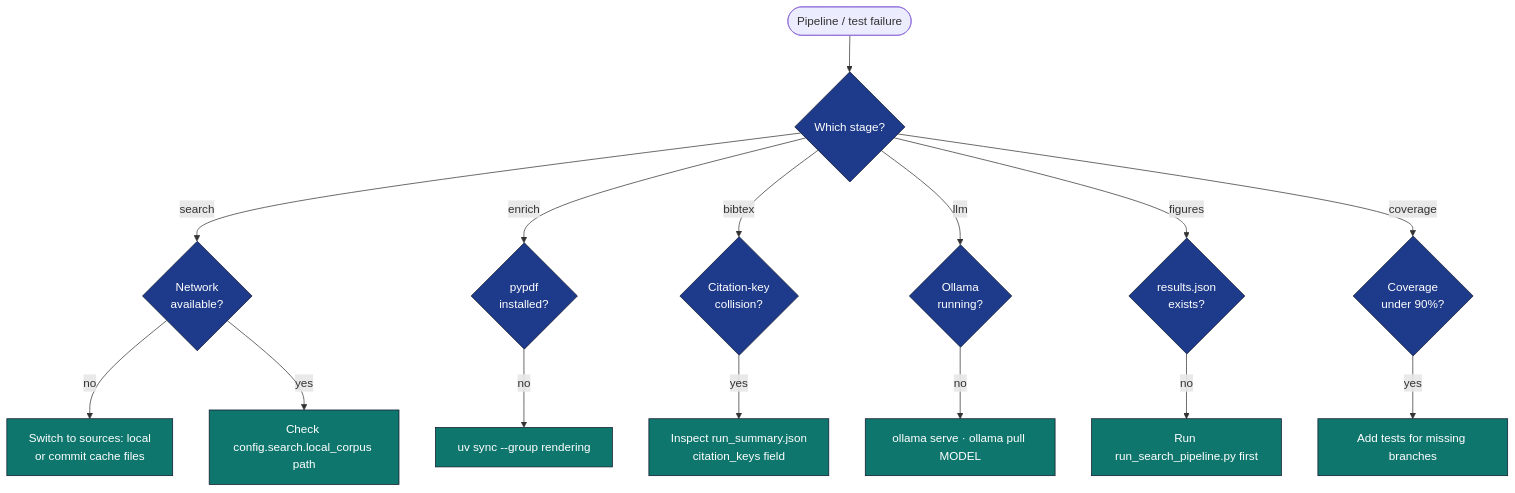
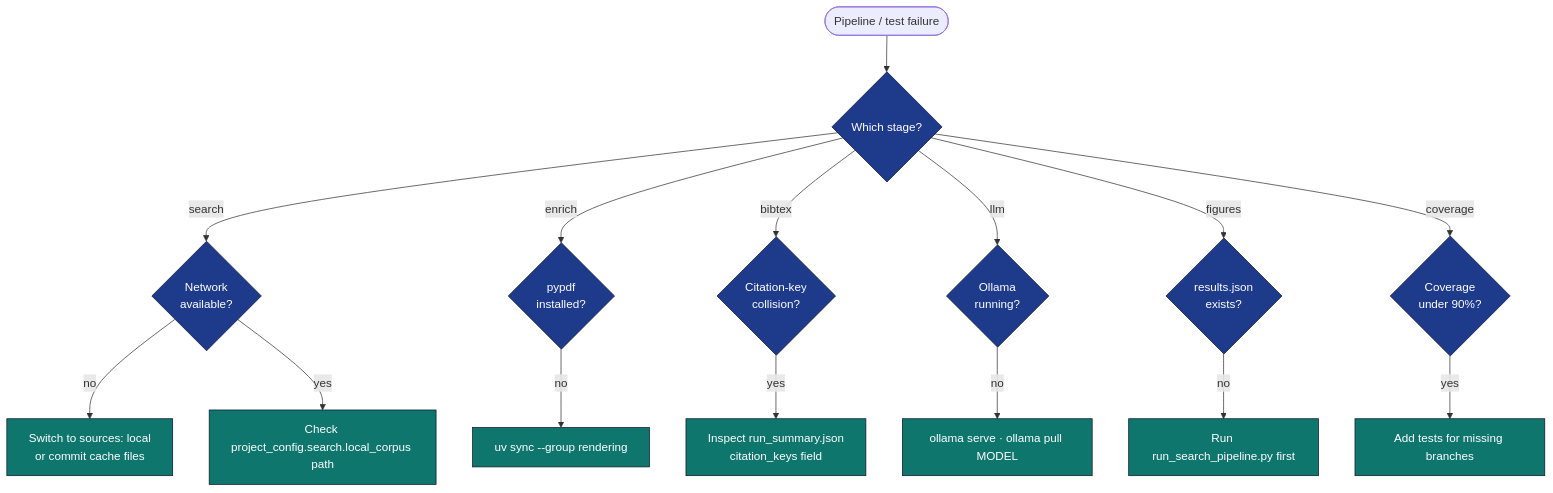
Before and after one commit to docxology/template: the diagram in projects/templates/template_search_project/docs/troubleshooting.md, drawn with Mermaid. The commit also changed other lines of this file and 1741 other files, not shown here.

````diff
--- a/projects/templates/template_search_project/docs/troubleshooting.md
+++ b/projects/templates/template_search_project/docs/troubleshooting.md
@@ -5,23 +5,23 @@
 ```mermaid
 flowchart TB
     FAIL([Pipeline / test failure]) --> WHERE{Which stage?}
     WHERE -- search --> NET{Network<br/>available?}
     WHERE -- enrich --> DEP{pypdf<br/>installed?}
     WHERE -- bibtex --> COLL{Citation-key<br/>collision?}
     WHERE -- llm --> OL{Ollama<br/>running?}
     WHERE -- figures --> RES{results.json<br/>exists?}
     WHERE -- coverage --> COV{Coverage<br/>under 90%?}
 
     NET -- no --> SWITCH[Switch to sources: local<br/>or commit cache files]
-    NET -- yes --> CHECK[Check config.search.local_corpus path]
+    NET -- yes --> CHECK[Check project_config.search.local_corpus path]
     DEP -- no --> INSTALL[uv sync --group rendering]
     COLL -- yes --> INSPECT[Inspect run_summary.json<br/>citation_keys field]
     OL -- no --> START[ollama serve · ollama pull MODEL]
     RES -- no --> RUNFIRST[Run run_search_pipeline.py first]
     COV -- yes --> ADD[Add tests for missing branches]
 
     classDef question fill:#1e3a8a,stroke:#0f172a,color:#fff
     classDef fix fill:#0f766e,stroke:#0f172a,color:#fff
     class WHERE,NET,DEP,COLL,OL,RES,COV question
     class SWITCH,CHECK,INSTALL,INSPECT,START,RUNFIRST,ADD fix
 ```
````
